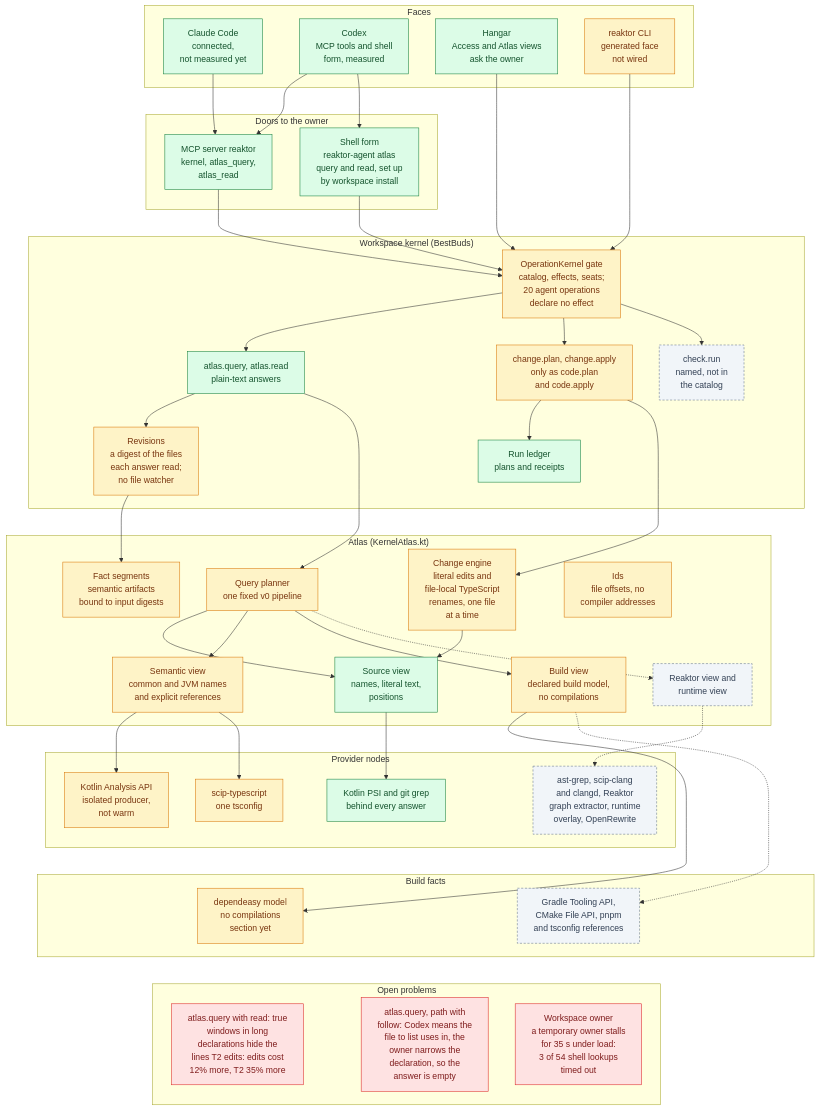
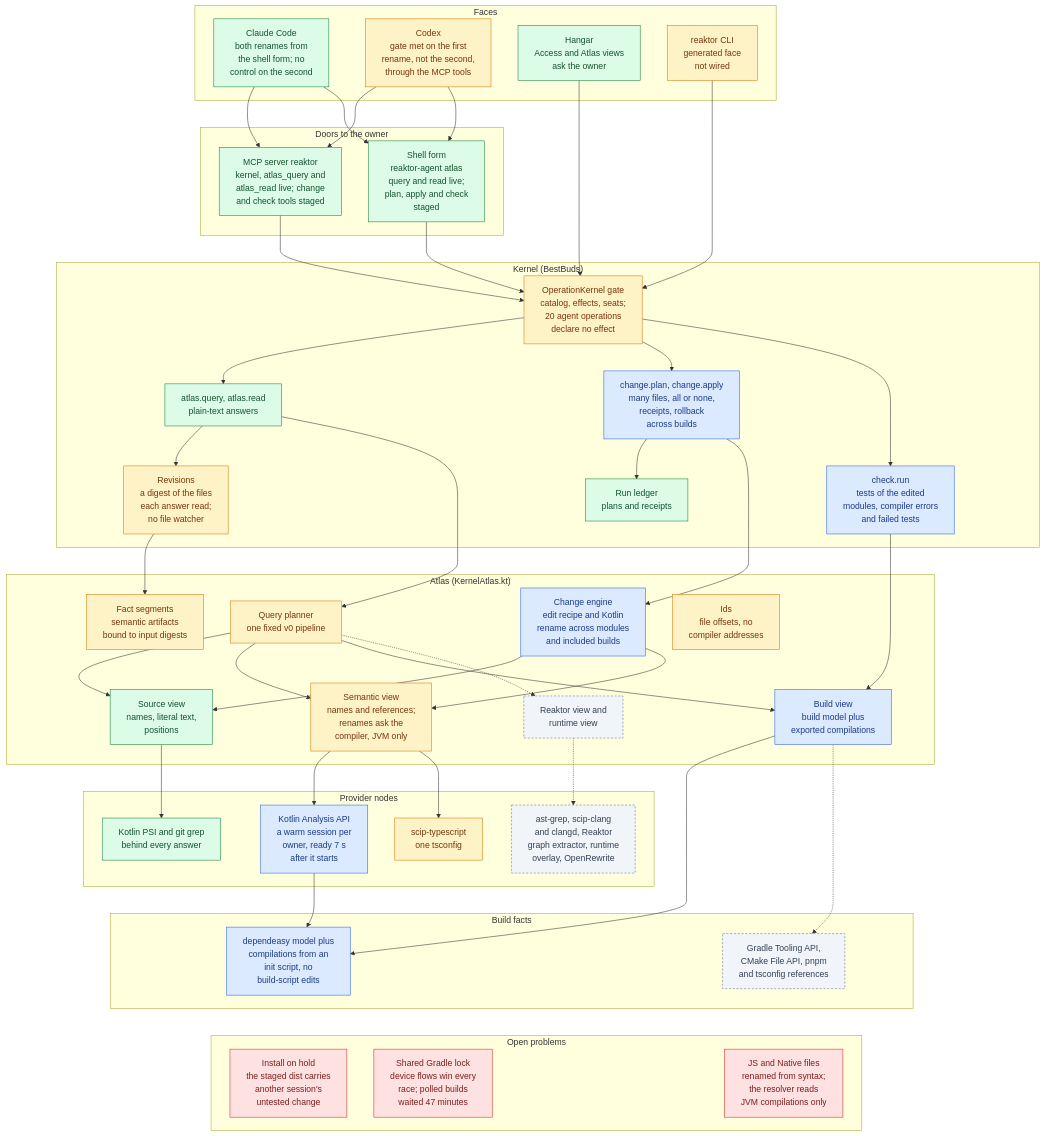
One commit to shibasis0801/reaktor changed the first of 5 diagrams in plans/atlas-hld.md. Above: the diagram before and after it, drawn with Mermaid. The commit also changed other lines of this file, not shown here.

First line of the commit message:
Record the Atlas completion gate in the HLD

````diff
--- a/plans/atlas-hld.md
+++ b/plans/atlas-hld.md
@@ -21,49 +21,50 @@
 ```mermaid
 flowchart TB
     subgraph faces["Faces"]
-        claude["Claude Code<br/>connected,<br/>not measured yet"]
-        codex["Codex<br/>MCP tools and shell<br/>form, measured"]
+        claude["Claude Code<br/>both renames from<br/>the shell form; no<br/>control on the second"]
+        codex["Codex<br/>gate met on the first<br/>rename, not the second,<br/>through the MCP tools"]
         hangar["Hangar<br/>Access and Atlas views<br/>ask the owner"]
         cli["reaktor CLI<br/>generated face<br/>not wired"]
     end
     subgraph doors["Doors to the owner"]
-        mcp["MCP server reaktor<br/>kernel, atlas_query,<br/>atlas_read"]
-        shell["Shell form<br/>reaktor-agent atlas<br/>query and read, set up<br/>by workspace install"]
+        mcp["MCP server reaktor<br/>kernel, atlas_query and<br/>atlas_read live; change<br/>and check tools staged"]
+        shell["Shell form<br/>reaktor-agent atlas<br/>query and read live;<br/>plan, apply and check<br/>staged"]
     end
-    subgraph kernelBox["Workspace kernel (BestBuds)"]
+    subgraph kernelBox["Kernel (BestBuds)"]
         gate["OperationKernel gate<br/>catalog, effects, seats;<br/>20 agent operations<br/>declare no effect"]
         atlasOps["atlas.query, atlas.read<br/>plain-text answers"]
-        changeOps["change.plan, change.apply<br/>only as code.plan<br/>and code.apply"]
-        checkRun["check.run<br/>named, not in<br/>the catalog"]
+        changeOps["change.plan, change.apply<br/>many files, all or none,<br/>receipts, rollback<br/>across builds"]
+        checkRun["check.run<br/>tests of the edited<br/>modules, compiler errors<br/>and failed tests"]
         ledger["Run ledger<br/>plans and receipts"]
         revisions["Revisions<br/>a digest of the files<br/>each answer read;<br/>no file watcher"]
     end
     subgraph atlasBox["Atlas (KernelAtlas.kt)"]
         planner["Query planner<br/>one fixed v0 pipeline"]
-        engine["Change engine<br/>literal edits and<br/>file-local TypeScript<br/>renames, one file<br/>at a time"]
+        engine["Change engine<br/>edit recipe and Kotlin<br/>rename across modules<br/>and included builds"]
         identity["Ids<br/>file offsets, no<br/>compiler addresses"]
         segments["Fact segments<br/>semantic artifacts<br/>bound to input digests"]
         sourceView["Source view<br/>names, literal text,<br/>positions"]
-        semanticView["Semantic view<br/>common and JVM names<br/>and explicit references"]
-        buildView["Build view<br/>declared build model,<br/>no compilations"]
+        semanticView["Semantic view<br/>names and references;<br/>renames ask the<br/>compiler, JVM only"]
+        buildView["Build view<br/>build model plus<br/>exported compilations"]
         laterViews["Reaktor view and<br/>runtime view"]
     end
     subgraph providers["Provider nodes"]
         psi["Kotlin PSI and git grep<br/>behind every answer"]
-        kaa["Kotlin Analysis API<br/>isolated producer,<br/>not warm"]
+        kaa["Kotlin Analysis API<br/>a warm session per<br/>owner, ready 7 s<br/>after it starts"]
         ts["scip-typescript<br/>one tsconfig"]
         laterProviders["ast-grep, scip-clang<br/>and clangd, Reaktor<br/>graph extractor, runtime<br/>overlay, OpenRewrite"]
     end
     subgraph buildFacts["Build facts"]
-        dep["dependeasy model<br/>no compilations<br/>section yet"]
+        dep["dependeasy model plus<br/>compilations from an<br/>init script, no<br/>build-script edits"]
         laterBuild["Gradle Tooling API,<br/>CMake File API, pnpm<br/>and tsconfig references"]
     end
     subgraph problems["Open problems"]
-        p1["atlas.query with read: true<br/>windows in long<br/>declarations hide the<br/>lines T2 edits: edits cost<br/>12% more, T2 35% more"]
-        p2["atlas.query, path with<br/>follow: Codex means the<br/>file to list uses in, the<br/>owner narrows the<br/>declaration, so the<br/>answer is empty"]
-        p3["Workspace owner<br/>a temporary owner stalls<br/>for 35 s under load:<br/>3 of 54 shell lookups<br/>timed out"]
+        p1["Install on hold<br/>the staged dist carries<br/>another session's<br/>untested change"]
+        p2["Shared Gradle lock<br/>device flows win every<br/>race; polled builds<br/>waited 47 minutes"]
+        p3["JS and Native files<br/>renamed from syntax;<br/>the resolver reads<br/>JVM compilations only"]
     end
     claude --> mcp
+    claude --> shell
     codex --> mcp
     codex --> shell
     mcp --> gate
@@ -77,6 +78,7 @@
     atlasOps --> revisions
     atlasOps --> planner
     changeOps --> engine
+    checkRun --> buildView
     revisions --> segments
     ledger ~~~ engine
     ledger ~~~ identity
@@ -86,9 +88,11 @@
     planner --> buildView
     planner -.-> laterViews
     engine --> sourceView
+    engine --> semanticView
     sourceView --> psi
     semanticView --> kaa
     semanticView --> ts
+    kaa --> dep
     laterViews -.-> laterProviders
     buildView --> dep
     buildView -.-> laterBuild
@@ -98,11 +102,13 @@
     dep ~~~ p2
     laterBuild ~~~ p3
     classDef live fill:#DCFCE7,stroke:#15803D,color:#14532D
+    classDef built fill:#DBEAFE,stroke:#2563EB,color:#1E3A8A
     classDef partial fill:#FEF3C7,stroke:#D97706,color:#78350F
     classDef problem fill:#FEE2E2,stroke:#DC2626,color:#7F1D1D
     classDef later fill:#F1F5F9,stroke:#64748B,color:#334155,stroke-dasharray: 4 3
-    class claude,codex,hangar,mcp,shell,atlasOps,ledger,sourceView,psi live
-    class cli,gate,changeOps,revisions,planner,engine,identity,segments,semanticView,buildView,kaa,ts,dep partial
+    class claude,hangar,mcp,shell,atlasOps,ledger,sourceView,psi live
+    class changeOps,checkRun,engine,buildView,kaa,dep built
+    class codex,cli,gate,revisions,planner,identity,segments,semanticView,ts partial
     class p1,p2,p3 problem
-    class checkRun,laterViews,laterProviders,laterBuild later
+    class laterViews,laterProviders,laterBuild later
 ```
````
